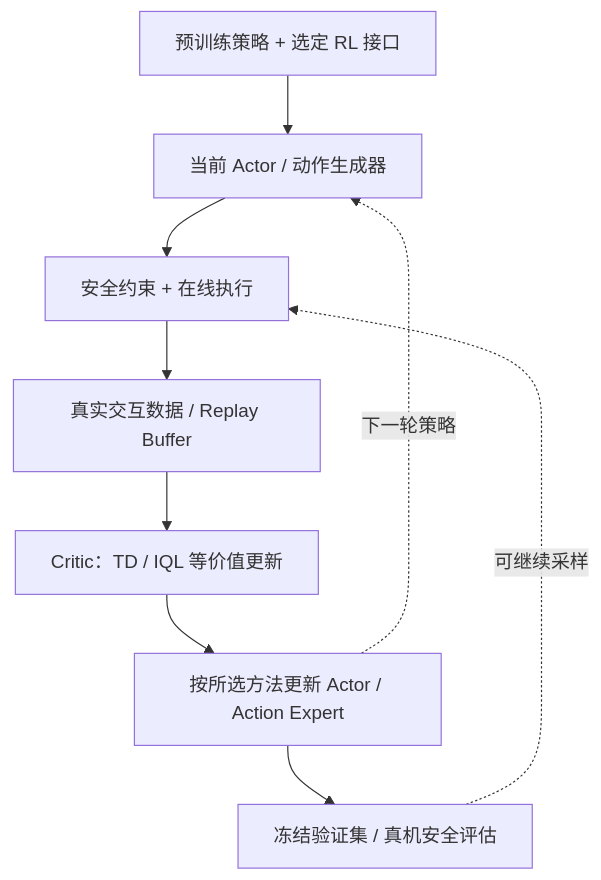
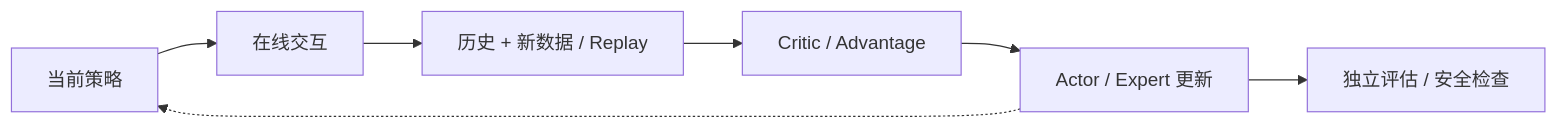
Before and after one commit to zengxiong111/Foundation_of_Embodied_AI: the fourth of 5 diagrams in md/RL_Post_Training_ZH.md, drawn with Mermaid. The commit also changed other lines of this file and 6 other files, not shown here.

````diff
--- a/md/RL_Post_Training_ZH.md
+++ b/md/RL_Post_Training_ZH.md
@@ -186,12 +169,10 @@
 ```mermaid
 %% FIG: offpolicy
-flowchart TB
-  P["预训练策略 + 选定 RL 接口"] --> A["当前 Actor / 动作生成器"]
-  A --> X["安全约束 + 在线执行"]
-  X --> D["真实交互数据 / Replay Buffer"]
-  D --> Q["Critic：TD / IQL 等价值更新"]
-  Q --> U["按所选方法更新 Actor / Action Expert"]
-  U -.->|下一轮策略| A
-  U --> V["冻结验证集 / 真机安全评估"]
-  V -.->|可继续采样| X
+flowchart LR
+  A["当前策略"] --> R["在线交互"]
+  R --> D["历史 + 新数据 / Replay"]
+  D --> Q["Critic / Advantage"]
+  Q --> U["Actor / Expert 更新"]
+  U -.-> A
+  U --> E["独立评估 / 安全检查"]
 ```
````
